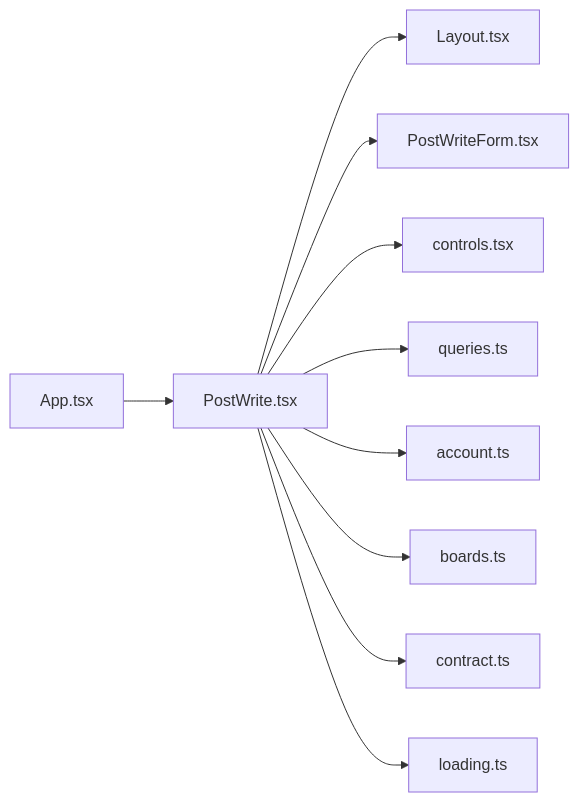
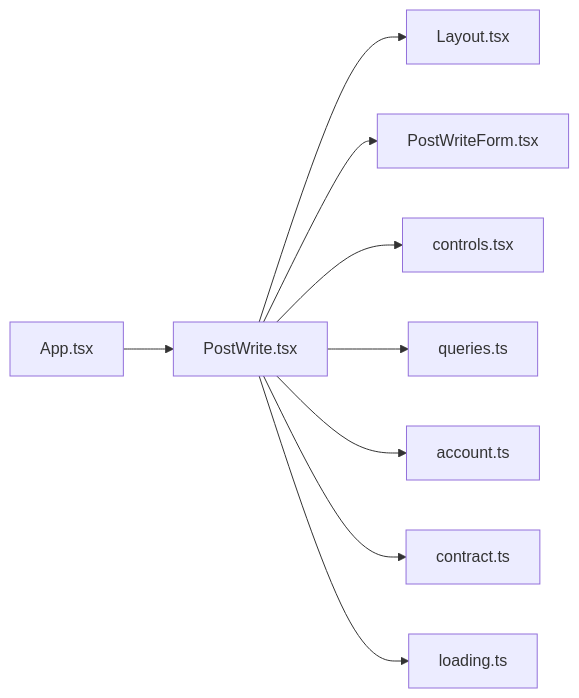
The diagram in .cluedoc/graph/frontend/src/routes/PostWrite.md (minkong-dev/Banblit), drawn with Mermaid before and after one commit. The commit also changed other lines of this file and 41 other files, not shown here.

````diff
--- a/.cluedoc/graph/frontend/src/routes/PostWrite.md
+++ b/.cluedoc/graph/frontend/src/routes/PostWrite.md
@@ -10,13 +10,12 @@
 ```mermaid
 flowchart LR
   frontend_src_routes_PostWrite["PostWrite.tsx"]
   frontend_src_routes_PostWrite --> frontend_src_components_Layout["Layout.tsx"]
   frontend_src_routes_PostWrite --> frontend_src_components_PostWriteForm["PostWriteForm.tsx"]
   frontend_src_routes_PostWrite --> frontend_src_components_controls["controls.tsx"]
   frontend_src_routes_PostWrite --> frontend_src_components_queries["queries.ts"]
   frontend_src_routes_PostWrite --> frontend_src_lib_account["account.ts"]
-  frontend_src_routes_PostWrite --> frontend_src_lib_boards["boards.ts"]
   frontend_src_routes_PostWrite --> frontend_src_lib_contract["contract.ts"]
   frontend_src_routes_PostWrite --> frontend_src_lib_loading["loading.ts"]
   frontend_src_App["App.tsx"] --> frontend_src_routes_PostWrite
 ```
````
